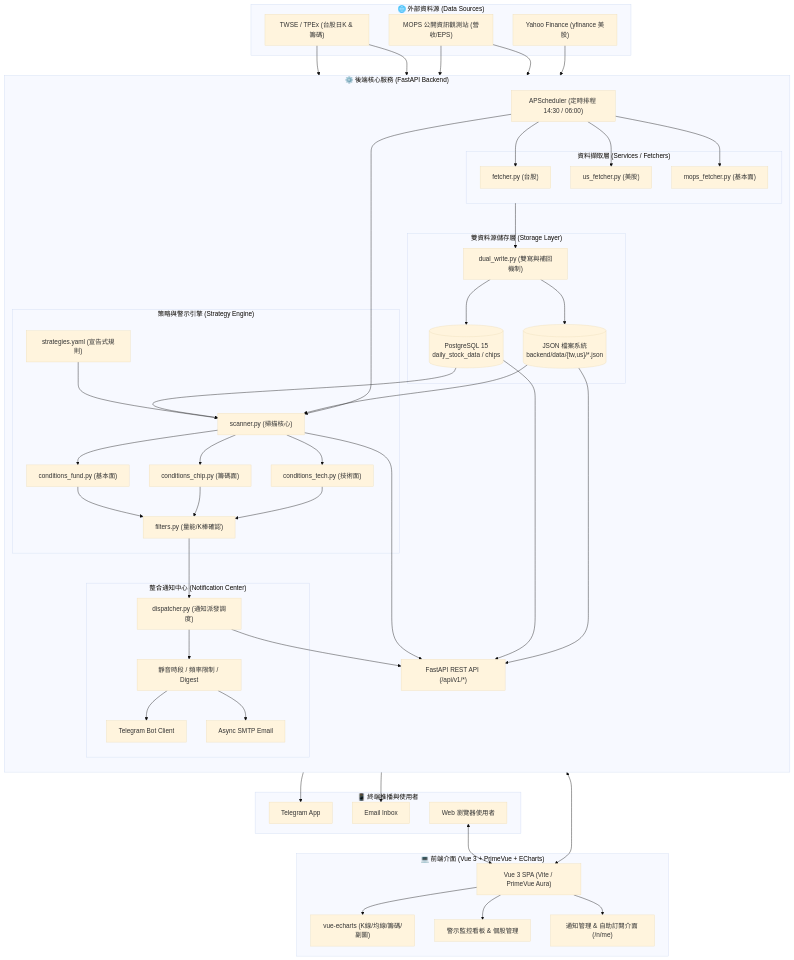
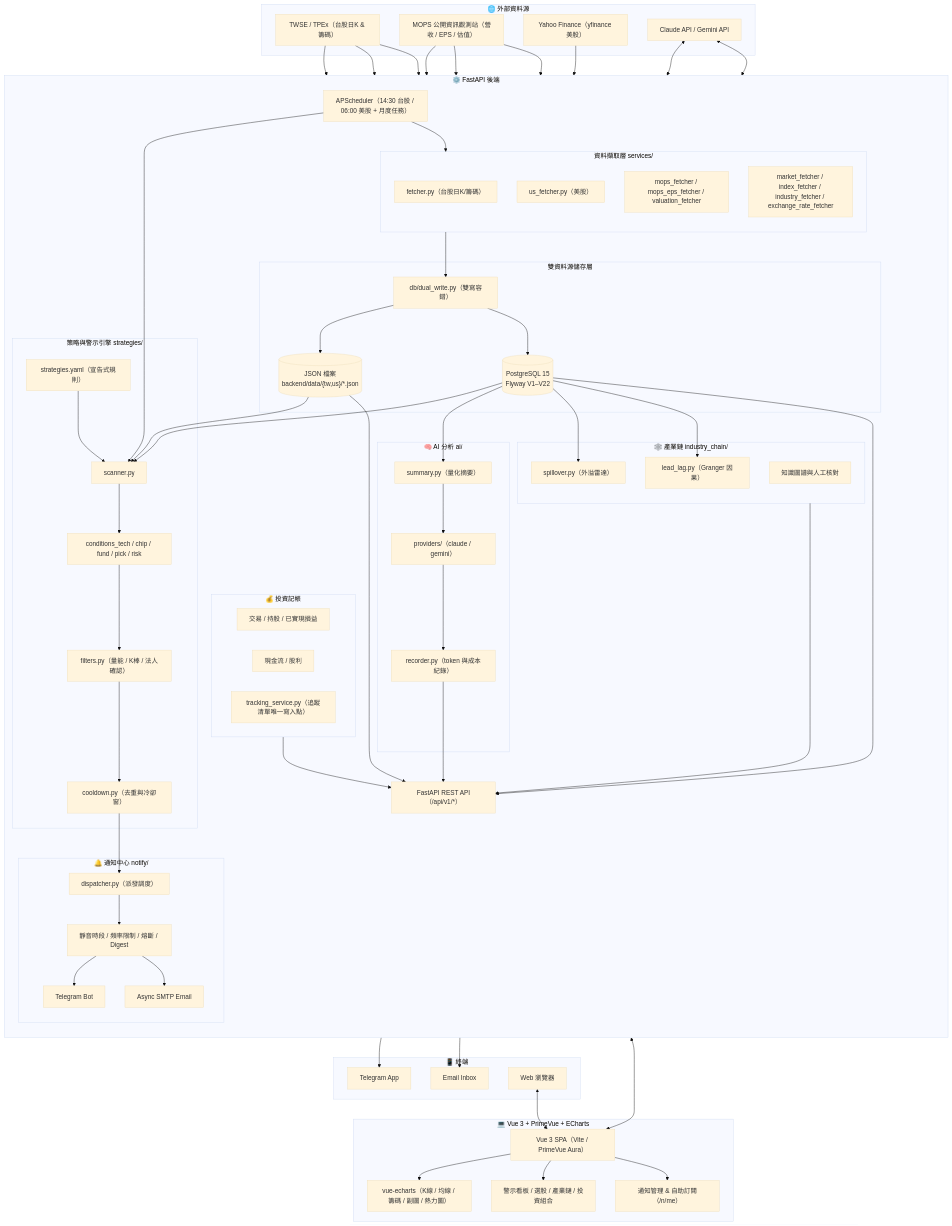
One commit to jacksonlee-tw/mystock-vue changed the diagram in mystock-vue/README.md. Above: the diagram before and after it, drawn with Mermaid (base theme). The commit also changed other lines of this file and 72 other files, not shown here.

````diff
--- a/mystock-vue/README.md
+++ b/mystock-vue/README.md
@@ -94,63 +146,81 @@
 ```mermaid
 flowchart TB
-    subgraph DataSources ["🌐 外部資料源 (Data Sources)"]
-        TWSE["TWSE / TPEx (台股日K & 籌碼)"]
-        MOPS["MOPS 公開資訊觀測站 (營收/EPS)"]
-        YF["Yahoo Finance (yfinance 美股)"]
+    subgraph DataSources ["🌐 外部資料源"]
+        TWSE["TWSE / TPEx（台股日K & 籌碼）"]
+        MOPS["MOPS 公開資訊觀測站（營收 / EPS / 估值）"]
+        YF["Yahoo Finance（yfinance 美股）"]
+        LLM["Claude API / Gemini API"]
     end
 
-    subgraph Backend ["⚙️ 後端核心服務 (FastAPI Backend)"]
+    subgraph Backend ["⚙️ FastAPI 後端"]
         direction TB
-        Sched["APScheduler (定時排程 14:30 / 06:00)"]
-        
-        subgraph Fetchers ["資料擷取層 (Services / Fetchers)"]
-            F_TW["fetcher.py (台股)"]
-            F_US["us_fetcher.py (美股)"]
-            F_MOPS["mops_fetcher.py (基本面)"]
+        Sched["APScheduler（14:30 台股 / 06:00 美股 + 月度任務）"]
+
+        subgraph Fetchers ["資料擷取層 services/"]
+            F_TW["fetcher.py（台股日K/籌碼）"]
+            F_US["us_fetcher.py（美股）"]
+            F_MOPS["mops_fetcher / mops_eps_fetcher / valuation_fetcher"]
+            F_MKT["market_fetcher / index_fetcher / industry_fetcher / exchange_rate_fetcher"]
         end
 
-        subgraph StorageLayer ["雙資料源儲存層 (Storage Layer)"]
-            JSON_Store[("JSON 檔案系統<br/>backend/data/{tw,us}/*.json")]
-            PG_Store[("PostgreSQL 15<br/>daily_stock_data / chips")]
-            DualWrite["dual_write.py (雙寫與補回機制)"]
+        subgraph StorageLayer ["雙資料源儲存層"]
+            JSON_Store[("JSON 檔案<br/>backend/data/{tw,us}/*.json")]
+            PG_Store[("PostgreSQL 15<br/>Flyway V1–V22")]
+            DualWrite["db/dual_write.py（雙寫容錯）"]
         end
 
-        subgraph StrategyEngine ["策略與警示引擎 (Strategy Engine)"]
-            Scanner["scanner.py (掃描核心)"]
-            YAML_Conf["strategies.yaml (宣告式規則)"]
-            TechRules["conditions_tech.py (技術面)"]
-            ChipRules["conditions_chip.py (籌碼面)"]
-            FundRules["conditions_fund.py (基本面)"]
-            Filters["filters.py (量能/K棒確認)"]
+        subgraph StrategyEngine ["策略與警示引擎 strategies/"]
+            Scanner["scanner.py"]
+            YAML_Conf["strategies.yaml（宣告式規則）"]
+            Conds["conditions_tech / chip / fund / pick / risk"]
+            Filters["filters.py（量能 / K棒 / 法人確認）"]
+            Cooldown["cooldown.py（去重與冷卻窗）"]
         end
 
-        subgraph NotifyCenter ["整合通知中心 (Notification Center)"]
-            Dispatcher["dispatcher.py (通知派發調度)"]
-            TG_Bot["Telegram Bot Client"]
-            SMTP_Client["Async SMTP Email"]
-            Policy["靜音時段 / 頻率限制 / Digest"]
+        subgraph AIModule ["🧠 AI 分析 ai/"]
+            Summary["summary.py（量化摘要）"]
+            Providers["providers/（claude / gemini）"]
+            Recorder["recorder.py（token 與成本紀錄）"]
         end
 
-        API_Layer["FastAPI REST API (/api/v1/*)"]
+        subgraph ChainModule ["🕸️ 產業鏈 industry_chain/"]
+            Graph["知識圖譜與人工核對"]
+            Spillover["spillover.py（外溢雷達）"]
+            Granger["lead_lag.py（Granger 因果）"]
+        end
+
+        subgraph Ledger ["💰 投資記帳"]
+            Txn["交易 / 持股 / 已實現損益"]
+            Cash["現金流 / 股利"]
+            Track["tracking_service.py（追蹤清單唯一寫入點）"]
+        end
+
+        subgraph NotifyCenter ["🔔 通知中心 notify/"]
+            Dispatcher["dispatcher.py（派發調度）"]
+            TG_Bot["Telegram Bot"]
+            SMTP_Client["Async SMTP Email"]
+            Policy["靜音時段 / 頻率限制 / 熔斷 / Digest"]
+        end
+
+        API_Layer["FastAPI REST API（/api/v1/*）"]
     end
 
-    subgraph Frontend ["💻 前端介面 (Vue 3 + PrimeVue + ECharts)"]
-        WebUI["Vue 3 SPA (Vite / PrimeVue Aura)"]
-        KLineCharts["vue-echarts (K線/均線/籌碼/副圖)"]
-        AlertBoard["警示監控看板 & 個股管理"]
-        NotifyManage["通知管理 & 自助訂閱介面 (/n/me)"]
+    subgraph Frontend ["💻 Vue 3 + PrimeVue + ECharts"]
+        WebUI["Vue 3 SPA（Vite / PrimeVue Aura）"]
+        Charts["vue-echarts（K線 / 均線 / 籌碼 / 副圖 / 熱力圖）"]
+        Boards["警示看板 / 選股 / 產業鏈 / 投資組合"]
+        NotifyManage["通知管理 & 自助訂閱（/n/me）"]
     end
 
-    subgraph EndUsers ["📱 終端推播與使用者"]
+    subgraph EndUsers ["📱 終端"]
         UserTG["Telegram App"]
         UserMail["Email Inbox"]
-        BrowserUser["Web 瀏覽器使用者"]
+        BrowserUser["Web 瀏覽器"]
     end
 
-    %% 資料流
-    TWSE & MOPS --> F_TW & F_MOPS
+    TWSE & MOPS --> F_TW & F_MOPS & F_MKT
     YF --> F_US
-    Sched --> F_TW & F_US & F_MOPS
+    Sched --> Fetchers
     Fetchers --> DualWrite
     DualWrite --> JSON_Store
     DualWrite --> PG_Store
@@ -158,18 +228,24 @@
     Sched --> Scanner
     JSON_Store & PG_Store --> Scanner
     YAML_Conf --> Scanner
-    Scanner --> TechRules & ChipRules & FundRules --> Filters
-    Filters --> Dispatcher
+    Scanner --> Conds --> Filters --> Cooldown
+    Cooldown --> Dispatcher
+
+    PG_Store --> Summary --> Providers
+    LLM <--> Providers
+    Providers --> Recorder --> API_Layer
+    LLM <--> Graph
+    PG_Store --> Spillover & Granger
 
     Dispatcher --> Policy
     Policy --> TG_Bot --> UserTG
     Policy --> SMTP_Client --> UserMail
 
     JSON_Store & PG_Store --> API_Layer
-    Scanner --> API_Layer
-    Dispatcher --> API_Layer
-    
+    Ledger --> API_Layer
+    ChainModule --> API_Layer
+
     API_Layer <--> WebUI
-    WebUI --> KLineCharts & AlertBoard & NotifyManage
+    WebUI --> Charts & Boards & NotifyManage
     BrowserUser <--> WebUI
 ```
````
